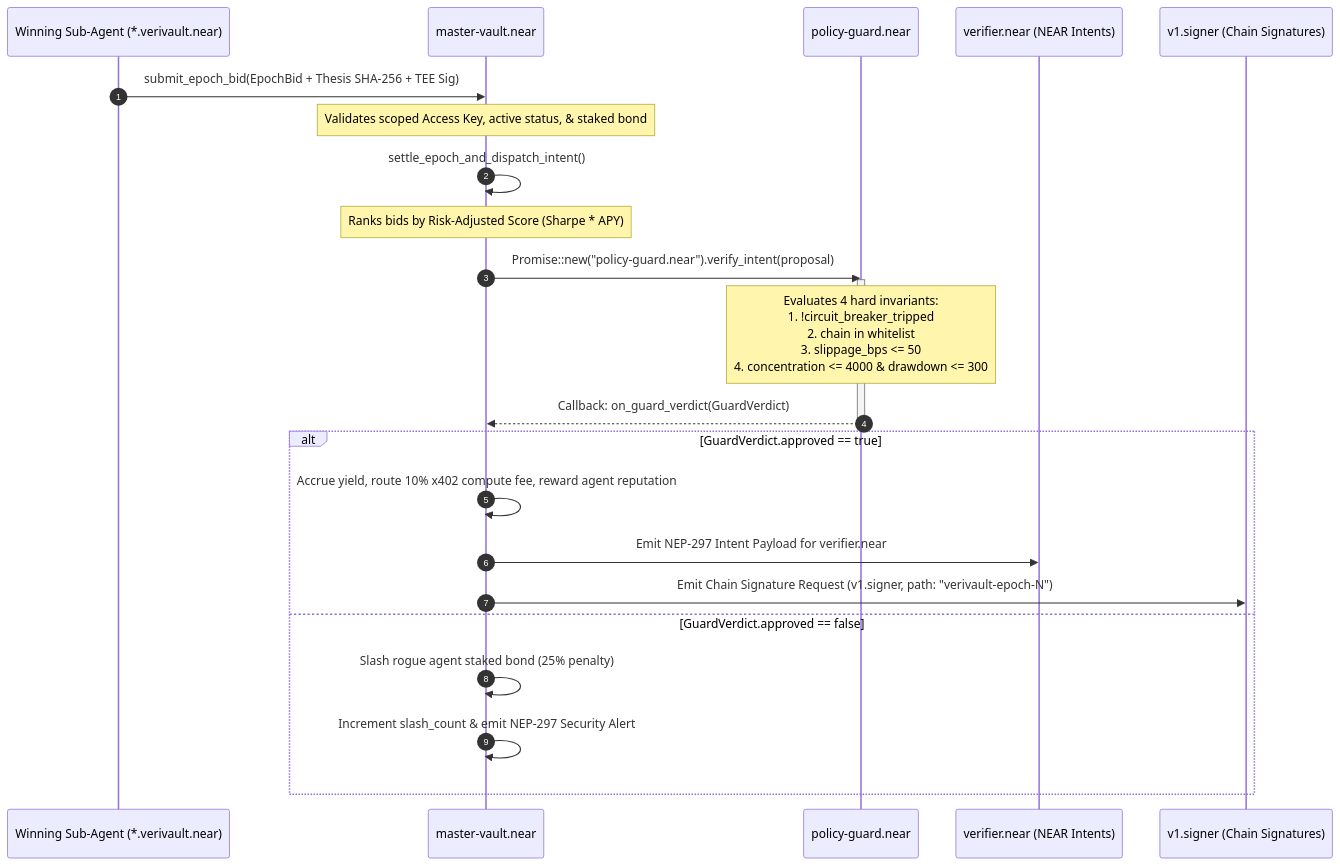
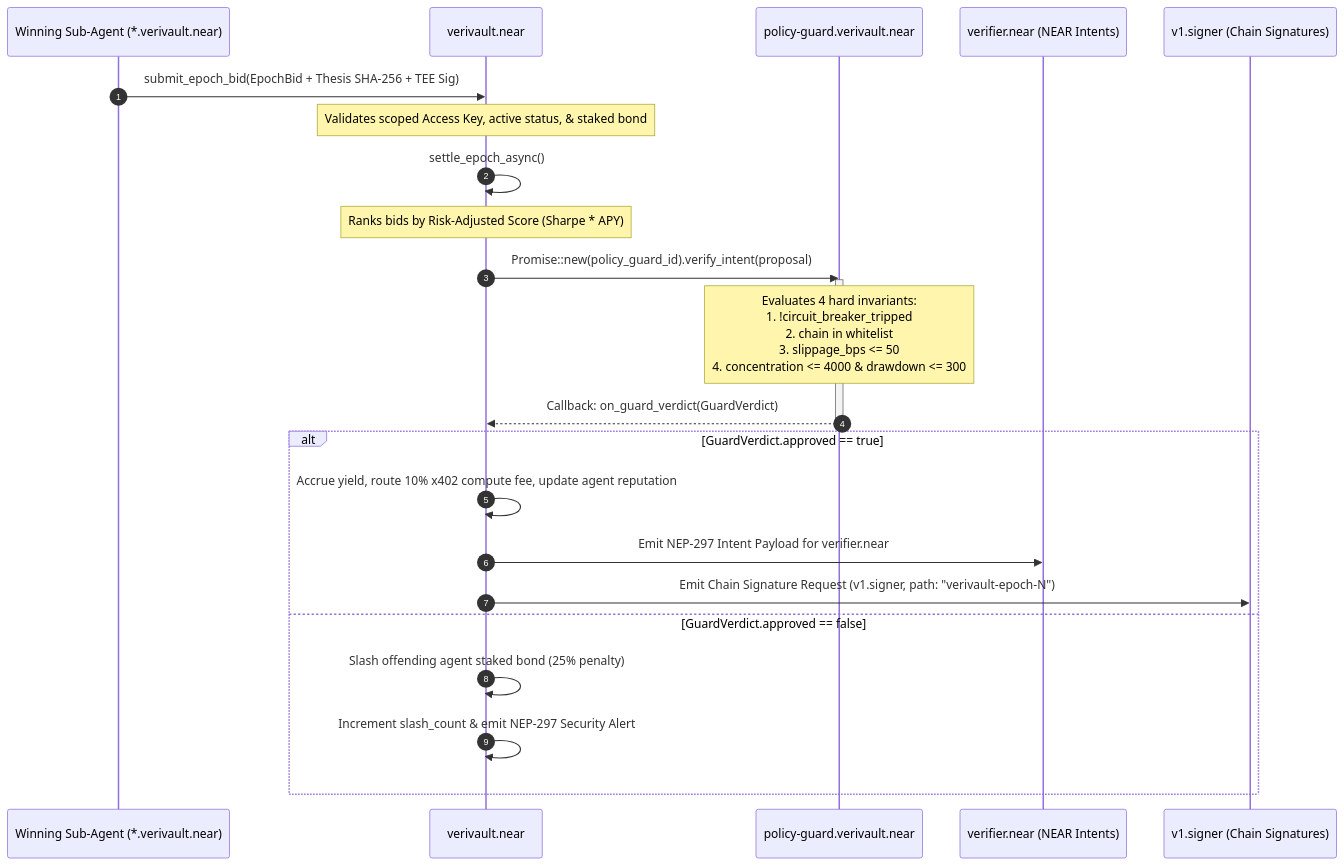
One commit to gabrieltemtsen/veri-vault changed the second of 2 diagrams in ARCHITECTURE.md. Above: the diagram before and after it, drawn with Mermaid. The commit also changed other lines of this file and 13 other files, not shown here.

Commit message:
docs: streamline architecture docs and clean up module comments

````diff
--- a/ARCHITECTURE.md
+++ b/ARCHITECTURE.md
@@ -72,27 +69,27 @@
 ```mermaid
 sequenceDiagram
     autonumber
     participant Agent as Winning Sub-Agent (*.verivault.near)
-    participant Vault as master-vault.near
-    participant Guard as policy-guard.near
+    participant Vault as verivault.near
+    participant Guard as policy-guard.verivault.near
     participant Intents as verifier.near (NEAR Intents)
     participant MPC as v1.signer (Chain Signatures)
 
     Agent->>Vault: submit_epoch_bid(EpochBid + Thesis SHA-256 + TEE Sig)
     Note over Vault: Validates scoped Access Key, active status, & staked bond
-    Vault->>Vault: settle_epoch_and_dispatch_intent()
+    Vault->>Vault: settle_epoch_async()
     Note over Vault: Ranks bids by Risk-Adjusted Score (Sharpe * APY)
-    Vault->>Guard: Promise::new("policy-guard.near").verify_intent(proposal)
+    Vault->>Guard: Promise::new(policy_guard_id).verify_intent(proposal)
     activate Guard
     Note over Guard: Evaluates 4 hard invariants:<br/>1. !circuit_breaker_tripped<br/>2. chain in whitelist<br/>3. slippage_bps <= 50<br/>4. concentration <= 4000 & drawdown <= 300
     Guard-->>Vault: Callback: on_guard_verdict(GuardVerdict)
     deactivate Guard
     alt GuardVerdict.approved == true
-        Vault->>Vault: Accrue yield, route 10% x402 compute fee, reward agent reputation
+        Vault->>Vault: Accrue yield, route 10% x402 compute fee, update agent reputation
         Vault->>Intents: Emit NEP-297 Intent Payload for verifier.near
         Vault->>MPC: Emit Chain Signature Request (v1.signer, path: "verivault-epoch-N")
     else GuardVerdict.approved == false
-        Vault->>Vault: Slash rogue agent staked bond (25% penalty)
+        Vault->>Vault: Slash offending agent staked bond (25% penalty)
         Vault->>Vault: Increment slash_count & emit NEP-297 Security Alert
     end
 ```
````
